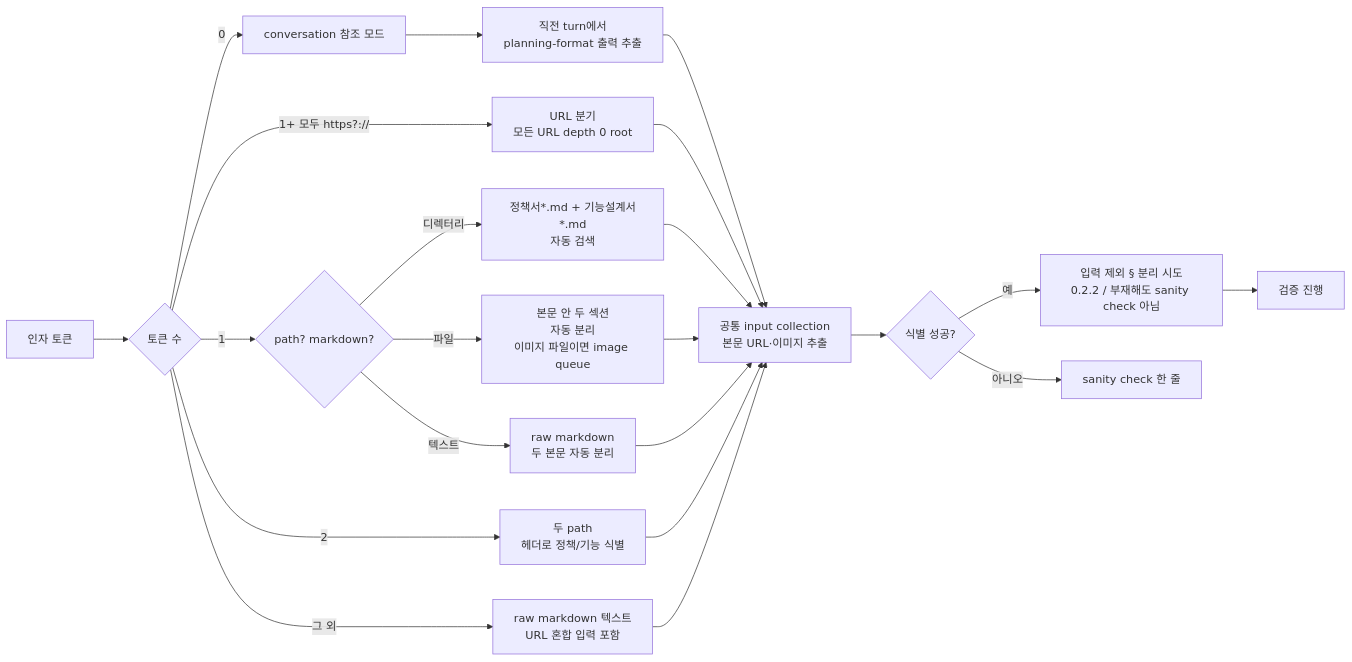
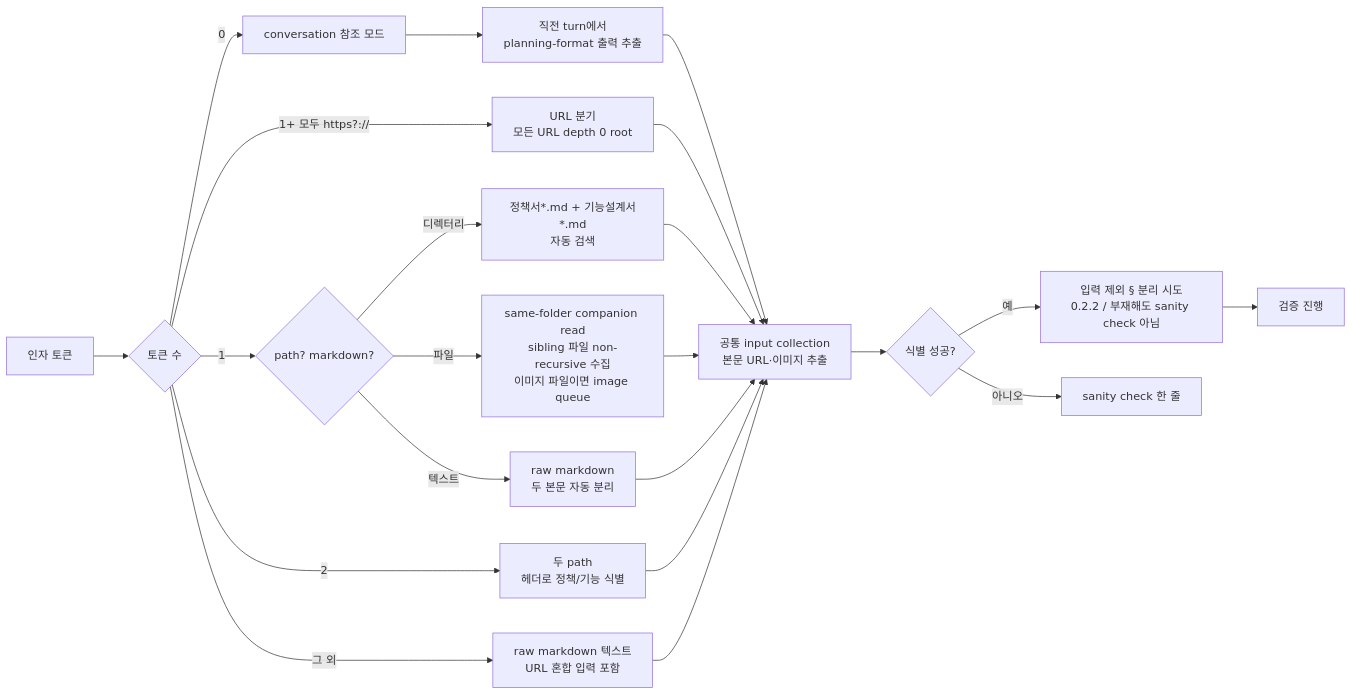
One commit to inkwonjung-colosseum/plugins changed the second of 8 diagrams in planning-kit/docs/planning-review-workflow.md. Above: the diagram before and after it, drawn with Mermaid. The commit also changed other lines of this file and 74 other files, not shown here.

````diff
--- a/planning-kit/docs/planning-review-workflow.md
+++ b/planning-kit/docs/planning-review-workflow.md
@@ -53,26 +53,26 @@
 ```mermaid
 flowchart LR
   IN[인자 토큰] --> N{토큰 수}
   N -->|0| CV[conversation 참조 모드]
   N -->|1+ 모두 https?://| URL[URL 분기<br/>모든 URL depth 0 root]
   N -->|1| ONE{path? markdown?}
   N -->|2| TWO[두 path<br/>헤더로 정책/기능 식별]
   N -->|그 외| TXT2[raw markdown 텍스트<br/>URL 혼합 입력 포함]
 
   ONE -->|디렉터리| DIR[정책서*.md + 기능설계서*.md<br/>자동 검색]
-  ONE -->|파일| FILE[본문 안 두 섹션<br/>자동 분리<br/>이미지 파일이면 image queue]
+  ONE -->|파일| FILE[same-folder companion read<br/>sibling 파일 non-recursive 수집<br/>이미지 파일이면 image queue]
   ONE -->|텍스트| TXT[raw markdown<br/>두 본문 자동 분리]
 
   CV --> CHK[직전 turn에서<br/>planning-format 출력 추출]
   CHK --> IC[공통 input collection<br/>본문 URL·이미지 추출]
   URL --> IC
   DIR --> IC
   FILE --> IC
   TXT --> IC
   TWO --> IC
   TXT2 --> IC
   IC --> EX{식별 성공?}
   EX -->|예| EXC[입력 제외 § 분리 시도<br/>0.2.2 / 부재해도 sanity check 아님]
   EXC --> OK[검증 진행]
   EX -->|아니오| SK[sanity check 한 줄]
 ```
````
